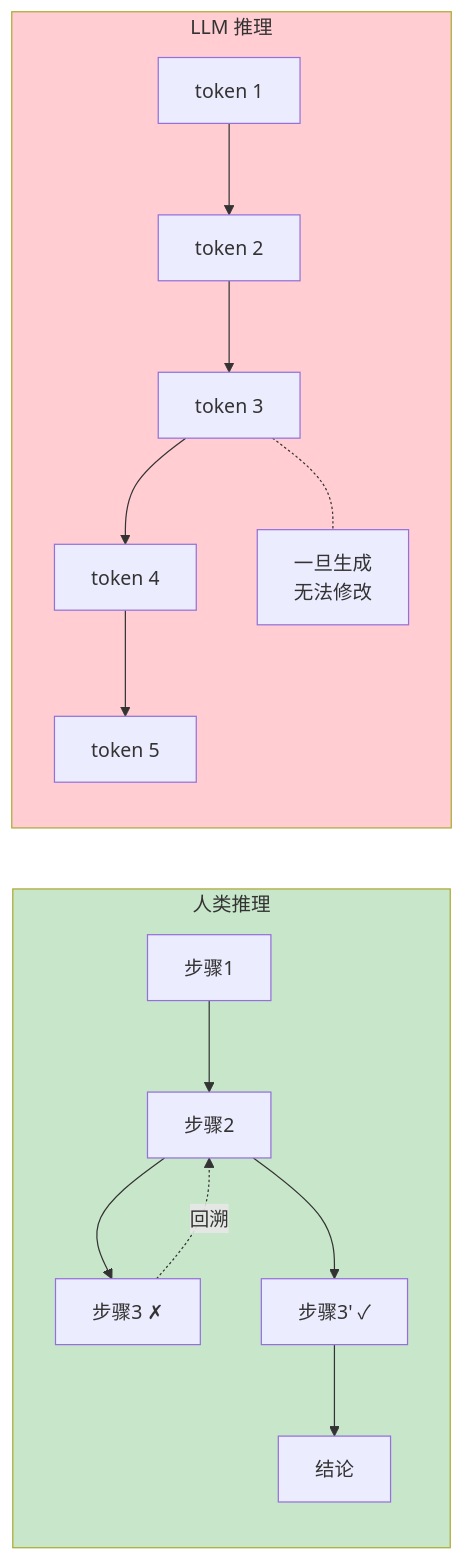
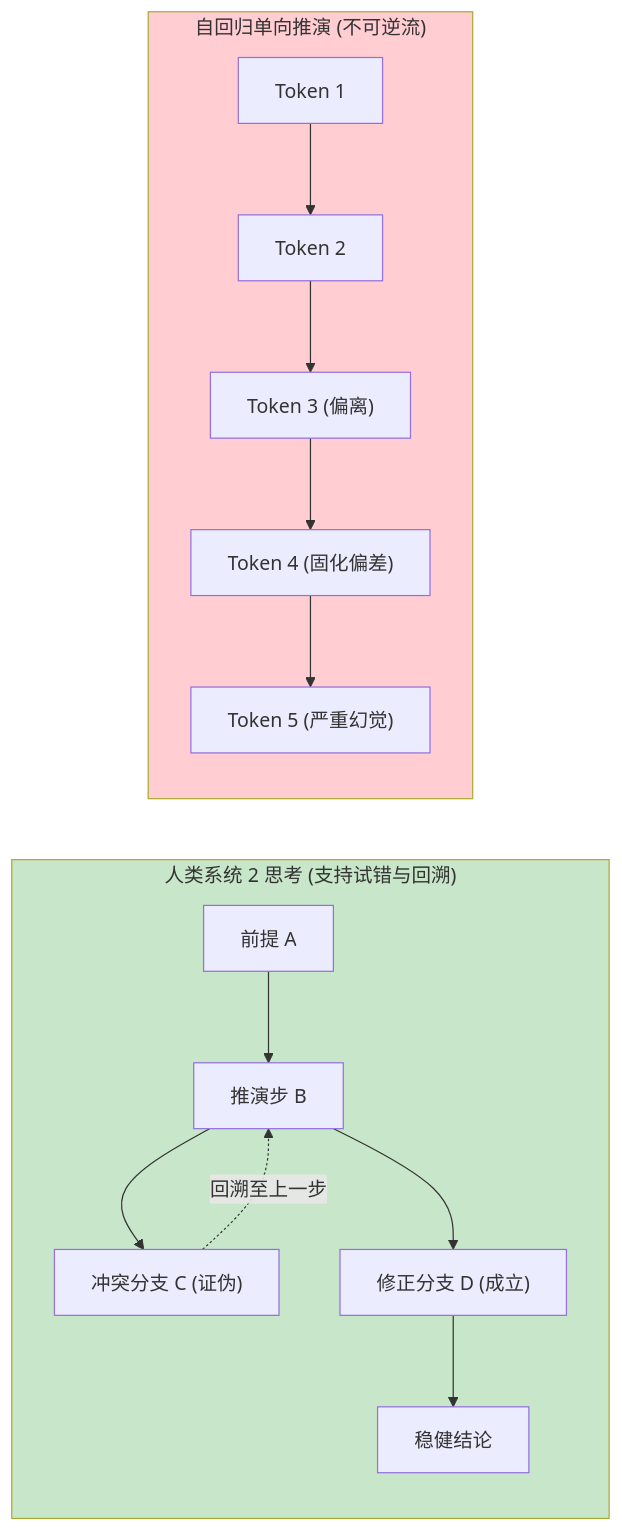
One commit to yingwang/thinking-in-llm changed the third of 9 diagrams in chapters/06-limitations.md. Above: the diagram before and after it, drawn with Mermaid. The commit also changed other lines of this file and 31 other files, not shown here.

````diff
--- a/chapters/06-limitations.md
+++ b/chapters/06-limitations.md
@@ -210,22 +188,21 @@
 ```mermaid
 flowchart LR
-    subgraph 人类推理["人类推理"]
+    subgraph 人类回溯推理["人类系统 2 思考 (支持试错与回溯)"]
         direction TB
-        H1["步骤1"] --> H2["步骤2"]
-        H2 --> H3["步骤3 ✗"]
-        H3 -.->|回溯| H2
-        H2 --> H4["步骤3' ✓"]
-        H4 --> H5["结论"]
+        H1["前提 A"] --> H2["推演步 B"]
+        H2 --> H3["冲突分支 C (证伪)"]
+        H3 -.->|"回溯至上一步"| H2
+        H2 --> H4["修正分支 D (成立)"]
+        H4 --> H5["稳健结论"]
     end
-    subgraph LLM推理["LLM 推理"]
+    subgraph 自回归生成["自回归单向推演 (不可逆流)"]
         direction TB
-        L1["token 1"] --> L2["token 2"]
-        L2 --> L3["token 3"]
-        L3 --> L4["token 4"]
-        L4 --> L5["token 5"]
-        L3 -.- N["一旦生成<br>无法修改"]
+        L1["Token 1"] --> L2["Token 2"]
+        L2 --> L3["Token 3 (偏离)"]
+        L3 --> L4["Token 4 (固化偏差)"]
+        L4 --> L5["Token 5 (严重幻觉)"]
     end
     
-    style 人类推理 fill:#c8e6c9
-    style LLM推理 fill:#ffcdd2
+    style 人类回溯推理 fill:#c8e6c9
+    style 自回归生成 fill:#ffcdd2
 ```
````
